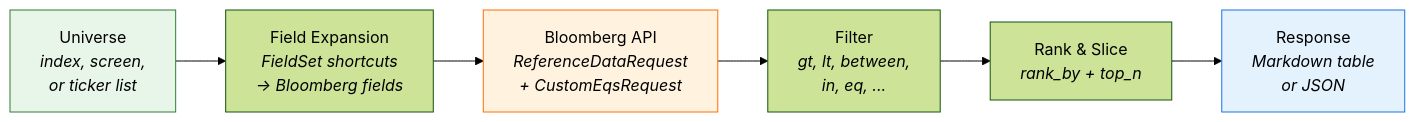
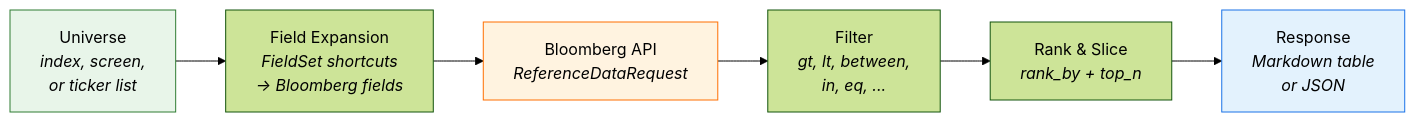
The fifth of 7 diagrams in README.md (QmQsun/Bloomberg-MCP), drawn with Mermaid (forest theme) before and after one commit. The commit also changed other lines of this file, not shown here.

Commit message:
docs: update README with architecture diagrams and 22 tools

````diff
--- a/README.md
+++ b/README.md
@@ -216,12 +283,12 @@
 ```mermaid
 flowchart LR
     A["Universe<br/><i>index, screen,<br/>or ticker list</i>"] --> B["Field Expansion<br/><i>FieldSet shortcuts<br/>→ Bloomberg fields</i>"]
-    B --> C["Bloomberg API<br/><i>ReferenceDataRequest<br/>+ CustomEqsRequest</i>"]
+    B --> C["Bloomberg API<br/><i>ReferenceDataRequest</i>"]
     C --> D["Filter<br/><i>gt, lt, between,<br/>in, eq, ...</i>"]
     D --> E["Rank & Slice<br/><i>rank_by + top_n</i>"]
     E --> F["Response<br/><i>Markdown table<br/>or JSON</i>"]
 
     style A fill:#e8f5e9,stroke:#2e7d32
     style C fill:#fff3e0,stroke:#ff6f00
     style F fill:#e3f2fd,stroke:#1a73e8
 ```
````
